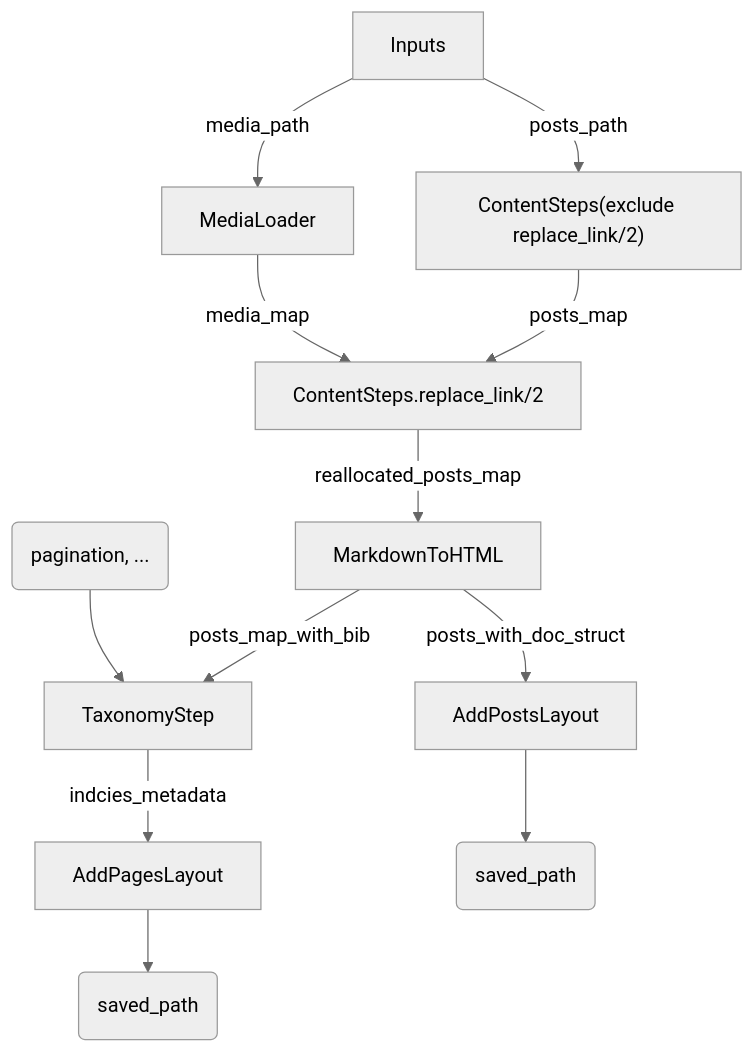
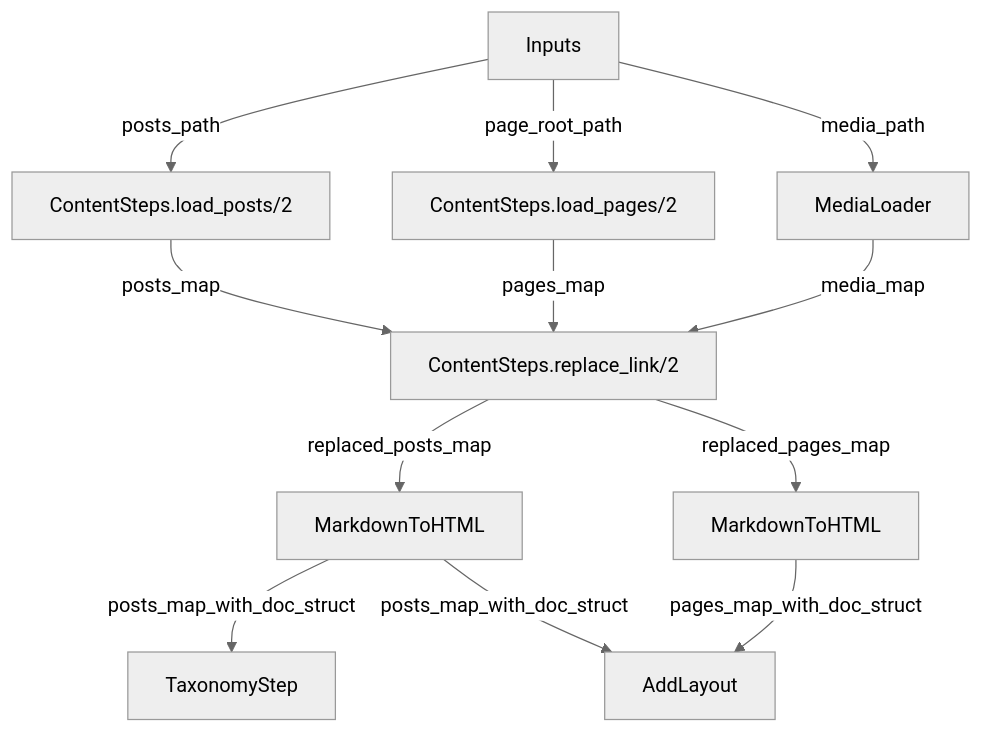
One commit to GES233/Greenhouse changed the diagram in README.md. Above: the diagram before and after it, drawn with Mermaid (neutral theme). The commit also changed 1 other file, not shown here.

Commit message:
docs: update architecture flowchart in README.md
Update the Mermaid diagram to more accurately reflect the project's data flow and specific function calls.

- Replace generic content steps with specific function names like `load_posts/2` and `load_pages/2`.
- Split the `MarkdownToHTML` step into separate instances for posts and pages.
- Consolidate `AddPostsLayout` and `AddPagesLayout` into a single `AddLayout` step.
- Update data flow arrows to match the refined architecture.

````diff
--- a/README.md
+++ b/README.md
@@ -7,28 +7,25 @@
 ```mermaid
 flowchart TD
   Inputs
-  PL["ContentSteps(exclude replace_link/2)"]
+  PL["ContentSteps.load_posts/2"]
+  PgL["ContentSteps.load_pages/2"]
   ML["MediaLoader"]
-  BE["MarkdownToHTML"]
+  MH1["MarkdownToHTML"]
+  MH2["MarkdownToHTML"]
   MR["ContentSteps.replace_link/2"]
   iTB["TaxonomyStep"]
-  APL["AddPostsLayout"]
-  APgL["AddPagesLayout"]
+  AL["AddLayout"]
 
   Inputs --posts_path--> PL
+  Inputs --page_root_path--> PgL
   Inputs --media_path--> ML
   PL --posts_map--> MR
+  PgL --pages_map--> MR
   ML --media_map--> MR
-  MR --reallocated_posts_map--> BE
-  %% Can be invoked anything
-  %% If input is posts_map-like
-  %% Because only some several fields were used
-  BE --posts_map_with_bib--> iTB
-  %% Options
-  itb_opts("pagination, ...") --> iTB
-  BE --posts_with_doc_struct--> APL
-  APL --> o1("saved_path")
-  iTB --indcies_metadata--> APgL
-  APgL --> o2("saved_path")
+  MR --replaced_posts_map--> MH1
+  MR --replaced_pages_map--> MH2
+  MH1 --posts_map_with_doc_struct--> iTB
+  MH1 --posts_map_with_doc_struct--> AL
+  MH2 --pages_map_with_doc_struct--> AL
 
 ```
````
